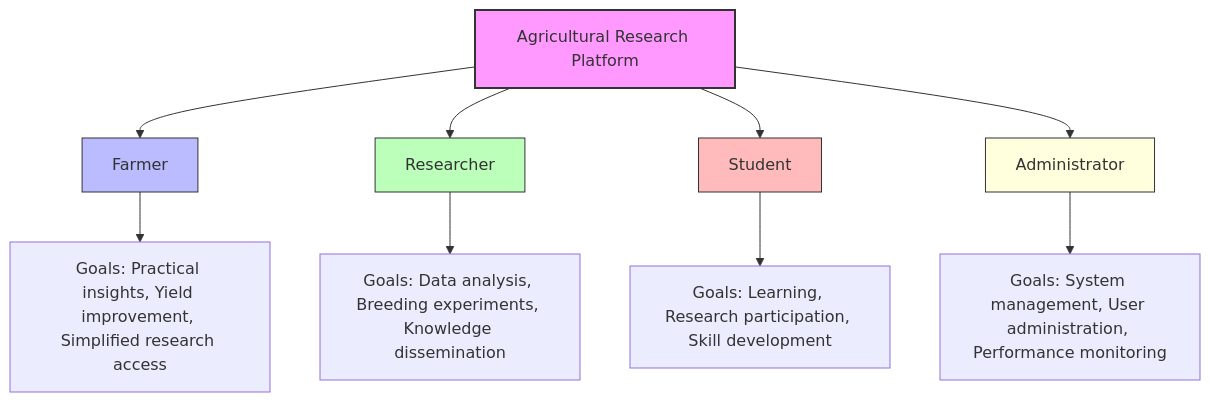
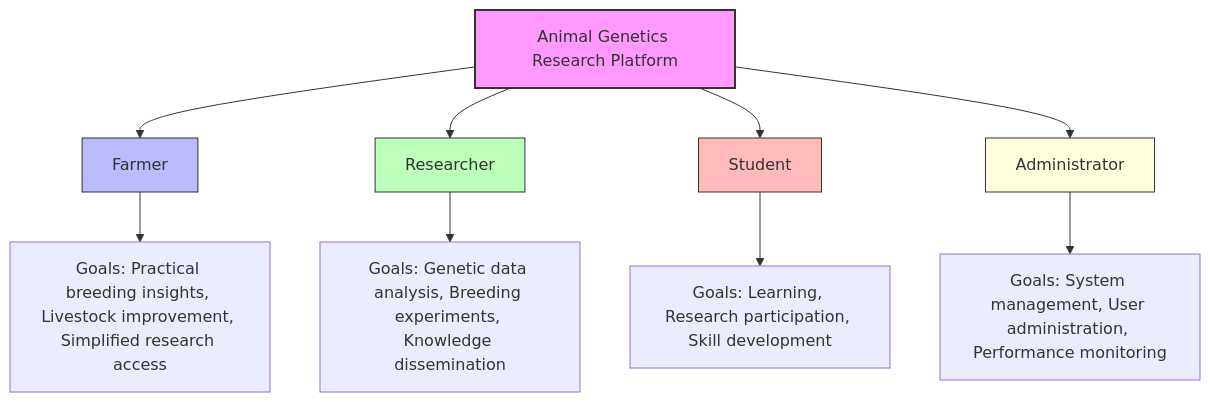
One commit to naratech-eng/researcher-platform changed the first of 5 diagrams in docs/prd/user-personas.md. Above: the diagram before and after it, drawn with Mermaid. The commit also changed other lines of this file and 19 other files, not shown here.

````diff
--- a/docs/prd/user-personas.md
+++ b/docs/prd/user-personas.md
@@ -11,18 +11,18 @@
 ```mermaid
 graph TD
-    A[Agricultural Research Platform] --> B[Farmer]
+    A[Animal Genetics Research Platform] --> B[Farmer]
     A --> C[Researcher]
     A --> D[Student]
     A --> E[Administrator]
     
-    B --> B1[Goals: Practical insights, Yield improvement, Simplified research access]
-    C --> C1[Goals: Data analysis, Breeding experiments, Knowledge dissemination]
+    B --> B1[Goals: Practical breeding insights, Livestock improvement, Simplified research access]
+    C --> C1[Goals: Genetic data analysis, Breeding experiments, Knowledge dissemination]
     D --> D1[Goals: Learning, Research participation, Skill development]
     E --> E1[Goals: System management, User administration, Performance monitoring]
     
     style A fill:#f9f,stroke:#333,stroke-width:2px
     style B fill:#bbf,stroke:#333,stroke-width:1px
     style C fill:#bfb,stroke:#333,stroke-width:1px
     style D fill:#fbb,stroke:#333,stroke-width:1px
     style E fill:#ffd,stroke:#333,stroke-width:1px
 ```
````
